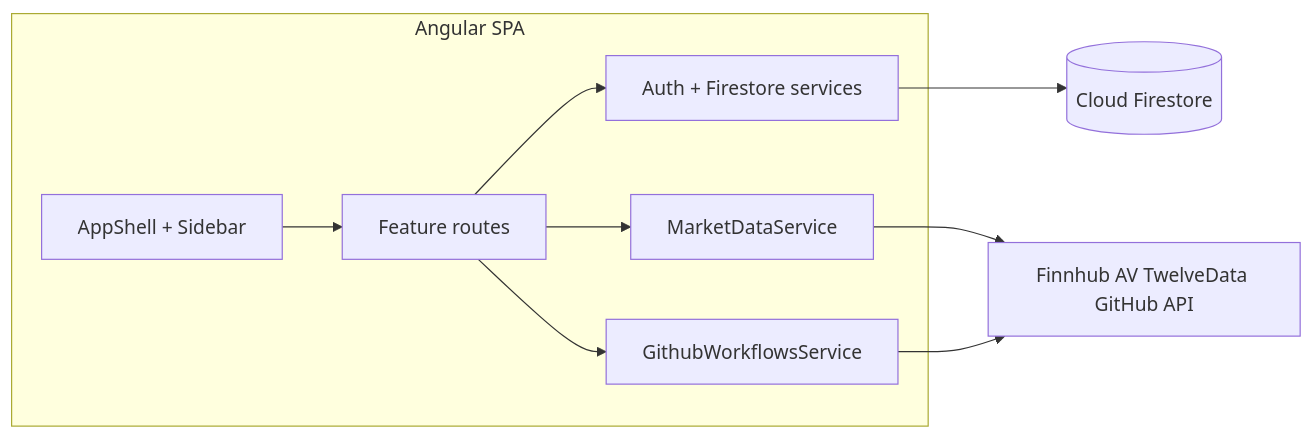
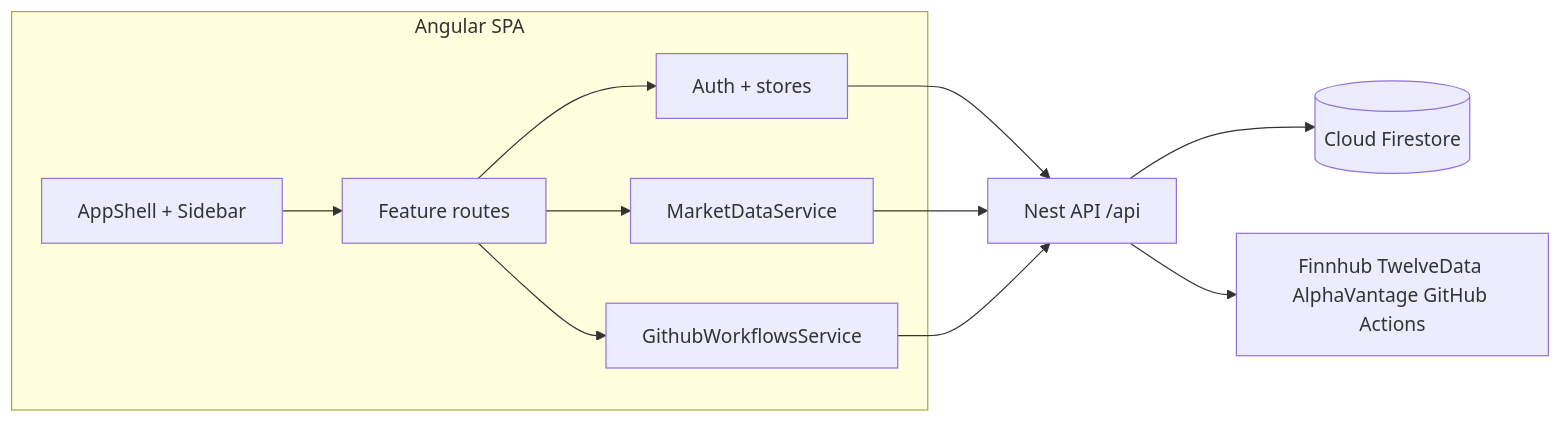
The diagram in docs/frontend-angular-architecture.md (taltal115/trading-signals), drawn with Mermaid before and after one commit. The commit also changed other lines of this file and 24 other files, not shown here.

````diff
--- a/docs/frontend-angular-architecture.md
+++ b/docs/frontend-angular-architecture.md
@@ -7,19 +7,22 @@
 ```mermaid
 flowchart LR
   subgraph angular [Angular SPA]
     Shell[AppShell + Sidebar]
     Routes[Feature routes]
-    Core[Auth + Firestore services]
+    Core[Auth + stores]
     Markets[MarketDataService]
     GH[GithubWorkflowsService]
   end
+  Nest[Nest API /api]
   Firestore[(Cloud Firestore)]
-  Ext[Finnhub AV TwelveData GitHub API]
+  Ext[Finnhub TwelveData AlphaVantage GitHub Actions]
   Shell --> Routes
   Routes --> Core
   Routes --> Markets
   Routes --> GH
-  Core --> Firestore
-  Markets --> Ext
-  GH --> Ext
+  Core --> Nest
+  Markets --> Nest
+  GH --> Nest
+  Nest --> Firestore
+  Nest --> Ext
 ```
````
